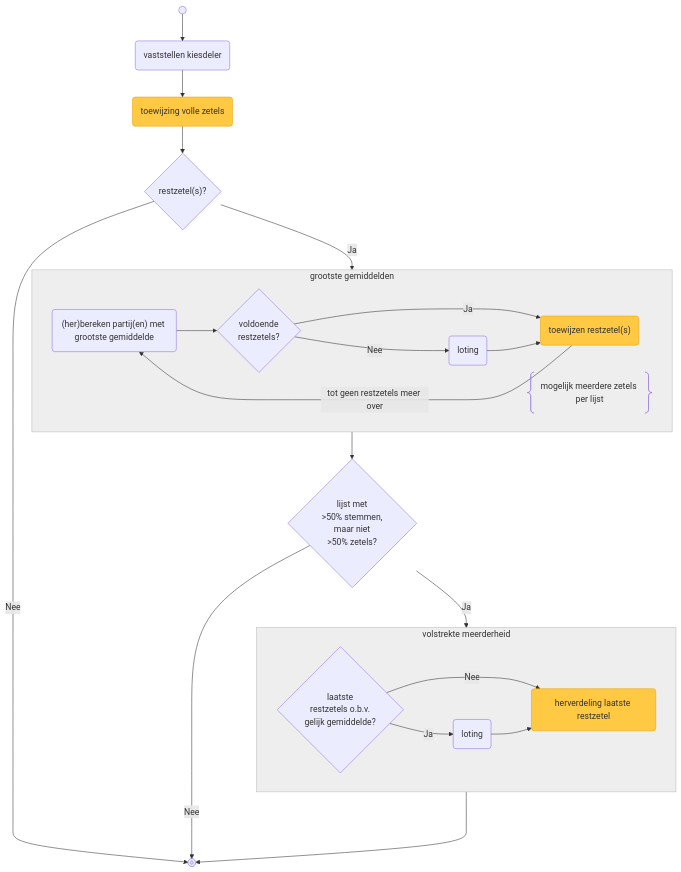
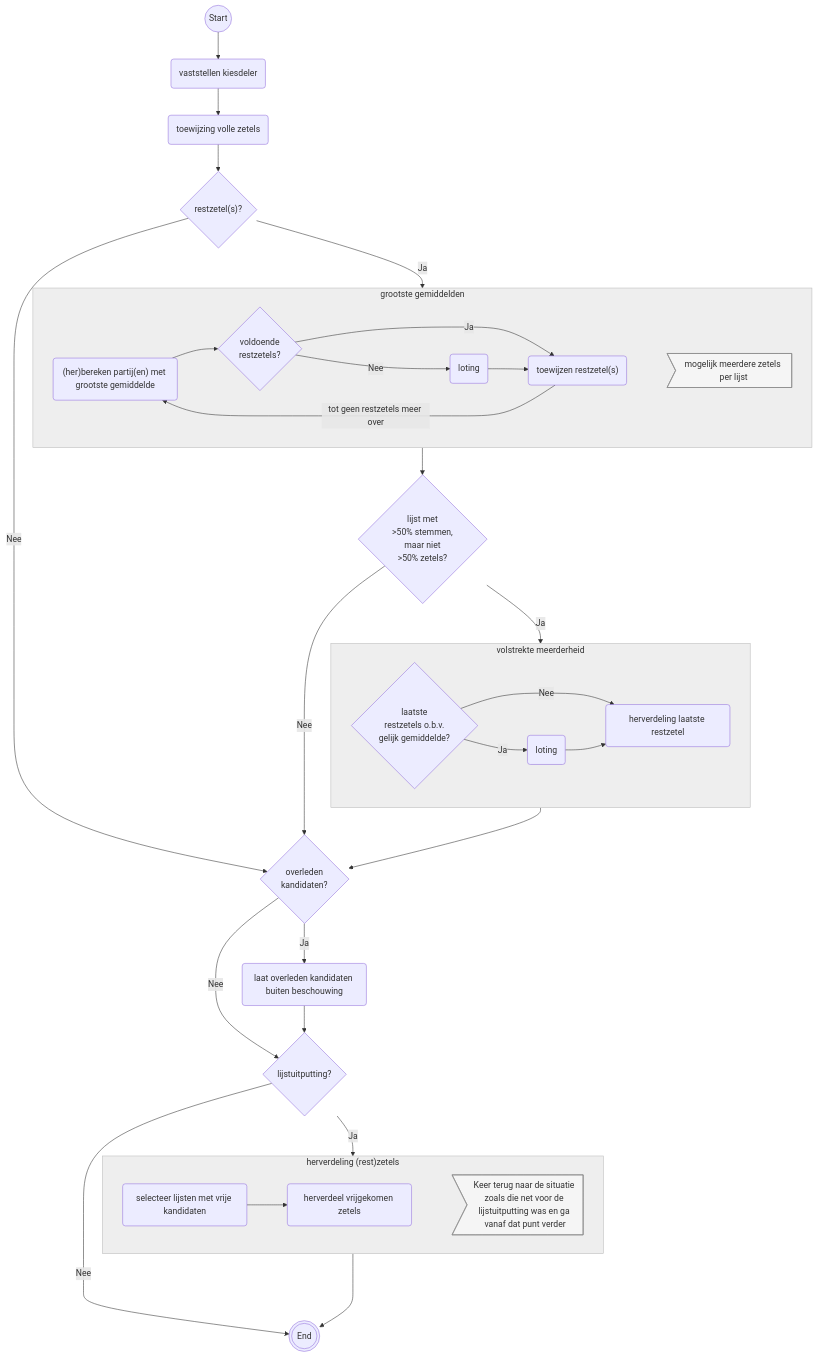
The first of 2 diagrams in verkiezingsproces/zetelverdeling-GR-flowchart.md (kiesraad/abacus-documentatie), drawn with Mermaid before and after one commit. The commit also changed other lines of this file and 4 other files, not shown here.

````diff
--- a/verkiezingsproces/zetelverdeling-GR-flowchart.md
+++ b/verkiezingsproces/zetelverdeling-GR-flowchart.md
@@ -10,16 +8,15 @@
 ```mermaid
 flowchart
     %% styling
-    classDef lijstuitputting fill:#ffc943,stroke:#e8a302
     classDef greyFill fill:#eee,stroke:#bbb;
+    classDef comment fill:#f5f5f5,stroke:#888;
 
     %% elements
-    flow_start@{ shape: sm-circ, label: "start" }
-    flow_end@{ shape: framed-circle, label: "end" }
-
+    flow_start((Start))
+    flow_end(((End)))
+    
     vaststellen_kiesdeler(vaststellen kiesdeler)
     toewijzing_volle_zetels(toewijzing volle zetels)
-    class toewijzing_volle_zetels lijstuitputting
 
     restzetels{"restzetel(s)?"}
 
@@ -27,20 +24,29 @@
     voldoende_restzetels{voldoende<br/>restzetels?}
     loting_grootste_gemiddelden(loting)
     toewijzen_restzetels("toewijzen restzetel(s)")
-    class toewijzen_restzetels lijstuitputting
+    comment_grootste_gemiddelden>mogelijk meerdere zetels per lijst]
+    class comment_grootste_gemiddelden comment;
 
     meerderheid_aan_stemmen_maar_niet_zetels{lijst met<br/>>50% stemmen,<br/>maar niet<br/>>50% zetels?}
     laatste_restzetels_obv_gelijk_gemiddelde{laatste<br/>restzetels o.b.v.<br/>gelijk gemiddelde?}
     loting_volstrekte_meerderheid(loting)
     herverdeling_laatste_restzetel(herverdeling laatste restzetel)
-    class herverdeling_laatste_restzetel lijstuitputting
+
+    overleden_kandidaten{"overleden<br/>kandidaten?"}
+    overleden_kandidaten_buiten_beschouwing("laat overleden kandidaten buiten beschouwing")
+
+    lijstuitputting{"lijstuitputting?"}
+    lijsten_met_vrije_kandidaten("selecteer lijsten met vrije kandidaten")
+    herverdeling_vrijgekomen_zetels("herverdeel vrijgekomen zetels")
+    comment_herverdeling>Keer terug naar de situatie zoals die net voor de lijstuitputting was en ga vanaf dat punt verder]
+    class comment_herverdeling comment;
 
     %% flow
     flow_start --> vaststellen_kiesdeler
     vaststellen_kiesdeler --> toewijzing_volle_zetels
     toewijzing_volle_zetels --> restzetels
 
-    restzetels -->|Nee| flow_end
+    restzetels -->|Nee| overleden_kandidaten
     restzetels -->|Ja| grootste_gemiddelden
 
     subgraph grootste_gemiddelden["grootste gemiddelden"]
@@ -50,13 +56,13 @@
         voldoende_restzetels -->|Nee| loting_grootste_gemiddelden
         loting_grootste_gemiddelden --> toewijzen_restzetels
         toewijzen_restzetels -->|tot geen restzetels meer over| bereken_partijen_met_grootste_gemiddelde
-        comment_grootste_gemiddelden@{ shape: braces, label: "mogelijk meerdere zetels per lijst" }
+        toewijzen_restzetels ~~~ comment_grootste_gemiddelden
     end
     class grootste_gemiddelden greyFill;
 
     grootste_gemiddelden --> meerderheid_aan_stemmen_maar_niet_zetels
     meerderheid_aan_stemmen_maar_niet_zetels -->|Ja| volstrekte_meerderheid
-    meerderheid_aan_stemmen_maar_niet_zetels --->|Nee| flow_end
+    meerderheid_aan_stemmen_maar_niet_zetels --->|Nee| overleden_kandidaten
 
     subgraph volstrekte_meerderheid["volstrekte meerderheid"]
         direction LR
@@ -66,5 +72,21 @@
     end
     class volstrekte_meerderheid greyFill;
 
-    volstrekte_meerderheid ---> flow_end
+    volstrekte_meerderheid --> overleden_kandidaten
+
+    overleden_kandidaten -->|Nee| lijstuitputting
+    overleden_kandidaten -->|Ja| overleden_kandidaten_buiten_beschouwing
+    overleden_kandidaten_buiten_beschouwing --> lijstuitputting
+    
+    lijstuitputting -->|Ja| herverdeling_restzetels
+    lijstuitputting --->|Nee| flow_end
+
+    subgraph herverdeling_restzetels["herverdeling (rest)zetels"]
+        direction LR
+        lijsten_met_vrije_kandidaten --> herverdeling_vrijgekomen_zetels
+        herverdeling_vrijgekomen_zetels ~~~ comment_herverdeling
+    end
+    class herverdeling_restzetels greyFill;
+
+    herverdeling_restzetels ---> flow_end
 ```
````
